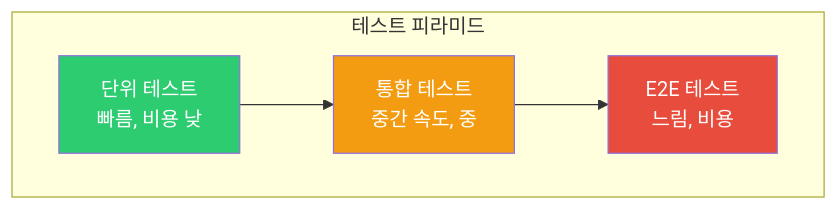
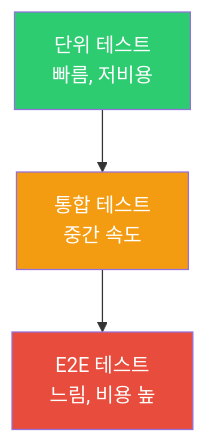
One commit to yjkim2015/yjkim2015.github.io changed the first of 3 diagrams in _posts/frontend/2026-05-02-frontend-testing.md. Above: the diagram before and after it, drawn with Mermaid. The commit also changed other lines of this file and 155 other files, not shown here.

First line of the commit message:
Mermaid 전면 수정: subgraph 제거, participant/노드/줄수 축소 (342블록)

````diff
--- a/_posts/frontend/2026-05-02-frontend-testing.md
+++ b/_posts/frontend/2026-05-02-frontend-testing.md
@@ -26,13 +26,11 @@
 ```mermaid
 graph TD
-    subgraph "테스트 피라미드"
-        E2E["E2E 테스트<br>느림, 비용"]
-        INT["통합 테스트<br>중간 속도, 중"]
-        UNIT["단위 테스트<br>빠름, 비용 낮"]
-    end
+    E2E["E2E 테스트<br>느림, 비용 높"]
+    INT["통합 테스트<br>중간 속도"]
+    UNIT["단위 테스트<br>빠름, 저비용"]
     UNIT --> INT
     INT --> E2E
     style E2E fill:#e74c3c,color:#fff
     style INT fill:#f39c12,color:#fff
     style UNIT fill:#2ecc71,color:#fff
 ```
````
